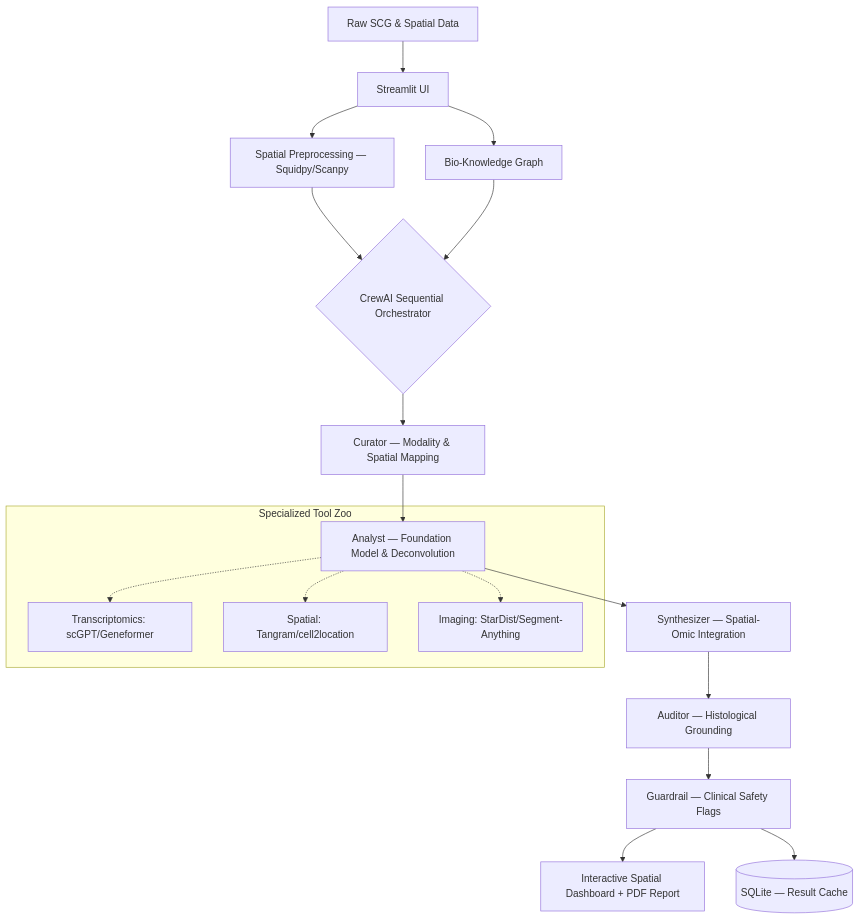
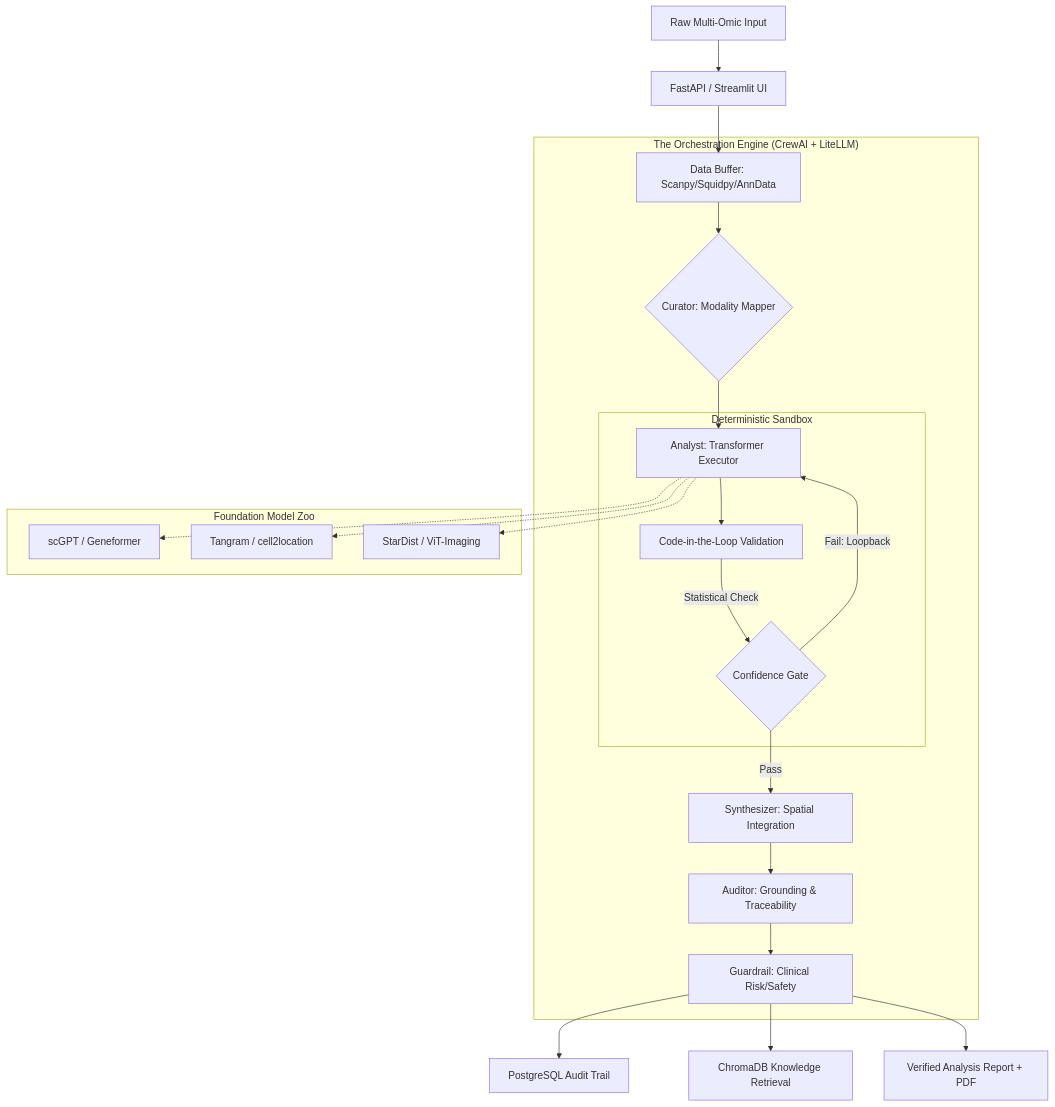
The diagram in README.md (BulutHamali/SpatioCore-Flow), drawn with Mermaid before and after one commit. The commit also changed other lines of this file, not shown here.

Commit message:
Update README for SpatioCore Flow v2.0

````diff
--- a/README.md
+++ b/README.md
@@ -30,23 +15,30 @@
 ```mermaid
 graph TD
-    A[Raw SCG & Spatial Data] --> B[Streamlit UI]
-    B --> C[Spatial Preprocessing — Squidpy/Scanpy]
-    B --> D[Bio-Knowledge Graph]
+    A[Raw Multi-Omic Input] --> B[FastAPI / Streamlit UI]
+    B --> C[Data Buffer: Scanpy/Squidpy/AnnData]
     
-    C & D --> E{CrewAI Sequential Orchestrator}
+    subgraph "The Orchestration Engine (CrewAI + LiteLLM)"
+        C --> D{Curator: Modality Mapper}
+        D --> E[Analyst: Transformer Executor]
+        
+        subgraph "Deterministic Sandbox"
+            E --> F[Code-in-the-Loop Validation]
+            F -->|Statistical Check| G{Confidence Gate}
+            G -->|Fail: Loopback| E
+        end
+        
+        G -->|Pass| H[Synthesizer: Spatial Integration]
+        H --> I[Auditor: Grounding & Traceability]
+        I --> J[Guardrail: Clinical Risk/Safety]
+    end
 
-    E --> F[Curator — Modality & Spatial Mapping]
-    F --> G[Analyst — Foundation Model & Deconvolution]
-    G --> H[Synthesizer — Spatial-Omic Integration]
-    H --> I[Auditor — Histological Grounding]
-    I --> J[Guardrail — Clinical Safety Flags]
+    J --> K[PostgreSQL Audit Trail]
+    J --> L[ChromaDB Knowledge Retrieval]
+    J --> M[Verified Analysis Report + PDF]
 
-    J --> K[Interactive Spatial Dashboard + PDF Report]
-    J --> L[(SQLite — Result Cache)]
-    
-    subgraph "Specialized Tool Zoo"
-    G -.-> M[Transcriptomics: scGPT/Geneformer]
-    G -.-> N[Spatial: Tangram/cell2location]
-    G -.-> O[Imaging: StarDist/Segment-Anything]
+    subgraph "Foundation Model Zoo"
+        E -.-> N[scGPT / Geneformer]
+        E -.-> O[Tangram / cell2location]
+        E -.-> P[StarDist / ViT-Imaging]
     end
 ```
````
